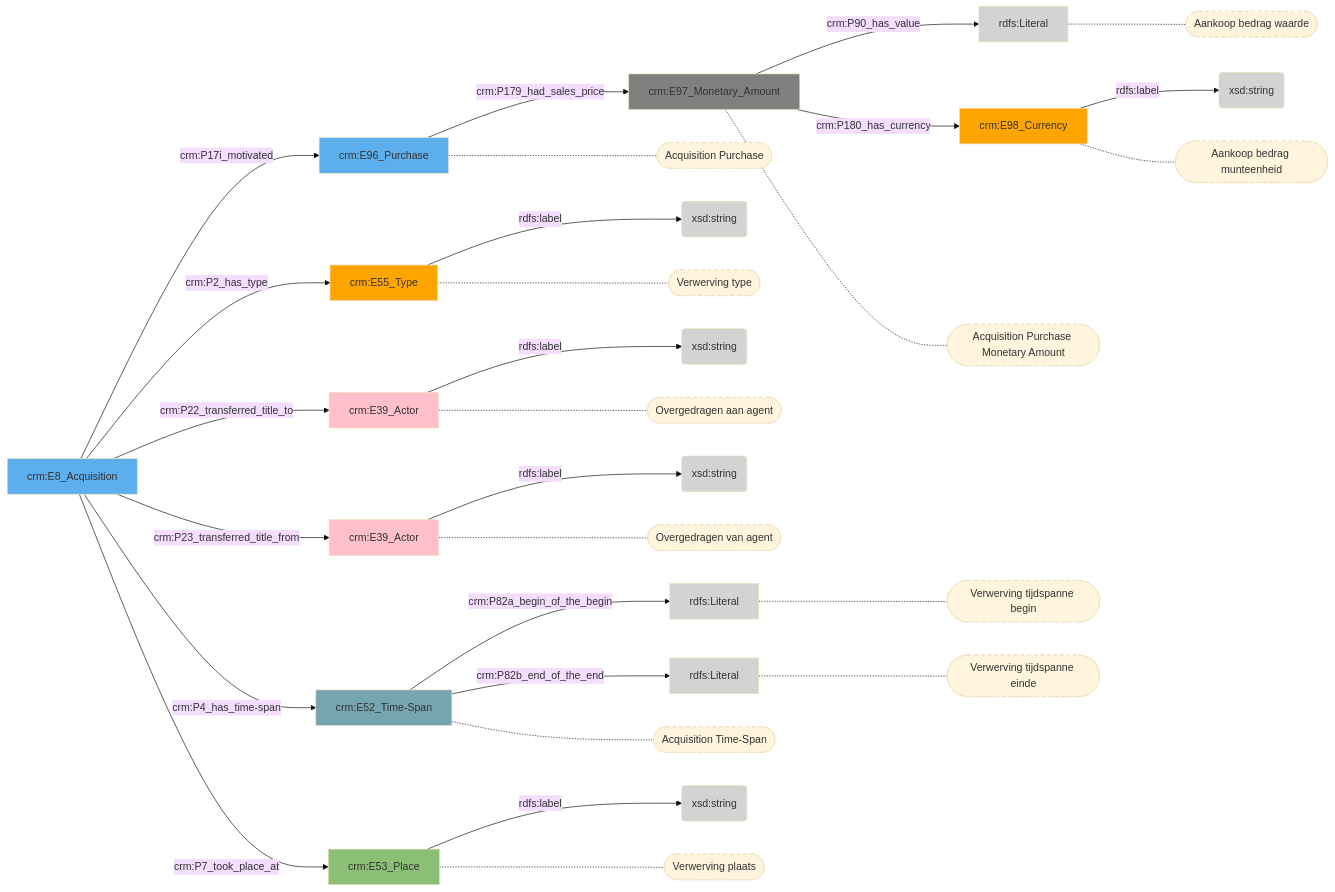
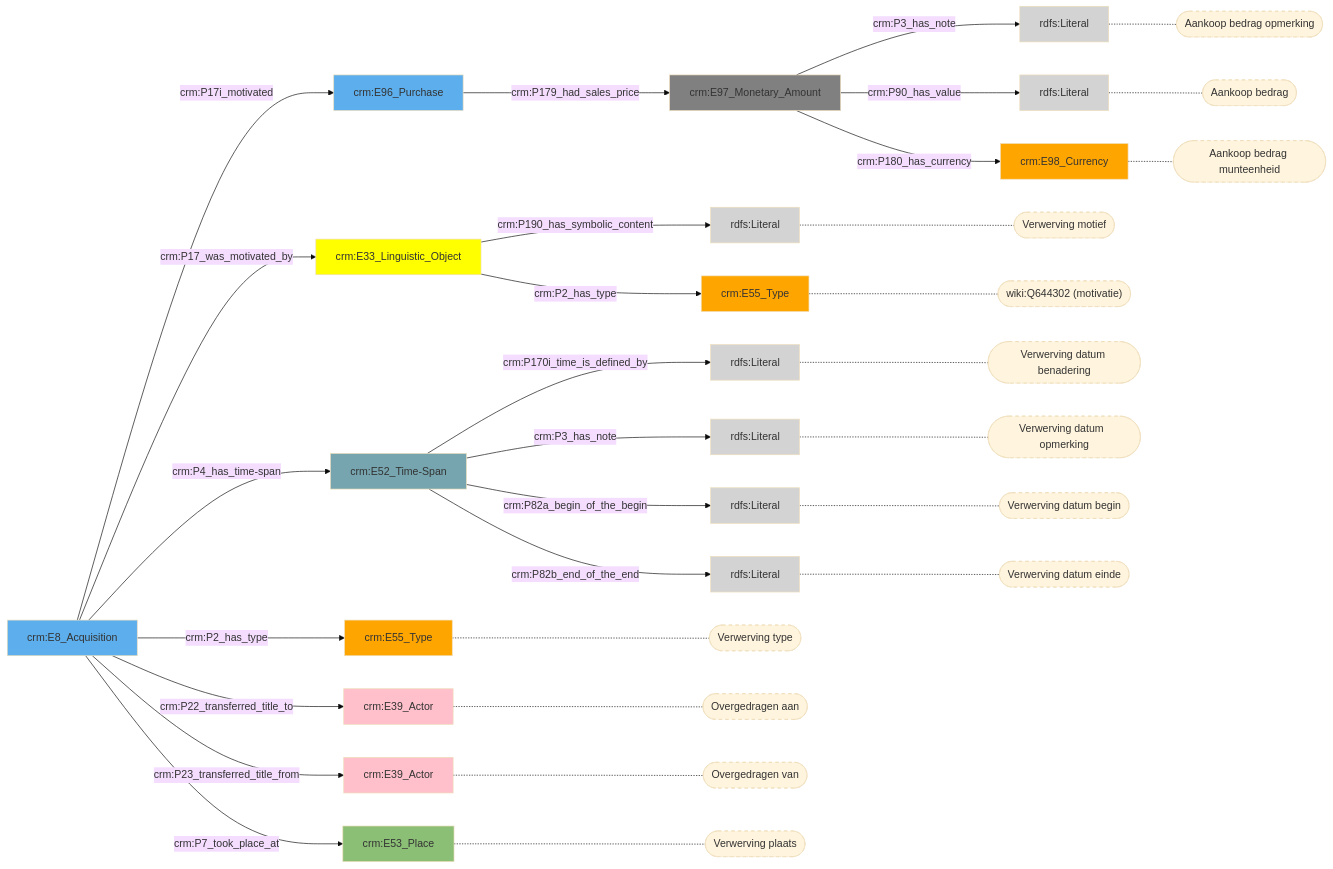
Before and after one commit to digipolisantwerpdocumentation/antwerp-cultureel-erfgoed: the diagram in docs/content/modellen/Acquisition/Herkomst.md, drawn with Mermaid (base theme). The commit also changed 170 other files, not shown here.

````diff
--- a/docs/content/modellen/Acquisition/Herkomst.md
+++ b/docs/content/modellen/Acquisition/Herkomst.md
@@ -1,58 +1,64 @@
 ```mermaid
 graph LR
-0b25d0f2-ee5b-11ed-9064-00163e71351b["crm:E98_Currency"]-->|"rdfs:label"|2b87213e-ee5b-11ed-9232-00163e71351b(xsd:string)
-7fd84e3a-e991-11ed-9655-00163e71351b["crm:E53_Place"]-->|"rdfs:label"|944805ae-e991-11ed-9655-00163e71351b(xsd:string)
-8be2fd34-e990-11ed-9655-00163e71351b["crm:E39_Actor"]-->|"rdfs:label"|8be301f8-e990-11ed-9655-00163e71351b(xsd:string)
-920ead2a-e990-11ed-9232-00163e71351b["crm:E52_Time-Span"]-->|"crm:P82a_begin_of_the_begin"|920eb66c-e990-11ed-9232-00163e71351b(rdfs:Literal)
-920ead2a-e990-11ed-9232-00163e71351b["crm:E52_Time-Span"]-->|"crm:P82b_end_of_the_end"|920eb400-e990-11ed-9232-00163e71351b(rdfs:Literal)
-99988ee4-e990-11ed-9232-00163e71351b["crm:E55_Type"]-->|"rdfs:label"|999895b0-e990-11ed-9232-00163e71351b(xsd:string)
-b2f4b0e2-e991-11ed-9064-00163e71351b["crm:E39_Actor"]-->|"rdfs:label"|c905c4f2-e991-11ed-9232-00163e71351b(xsd:string)
+style 0b25d0f2-ee5b-11ed-9064-00163e71351b fill:#ffa500
+style 30ce6bc2-3d17-11ef-ac04-960002548b4f fill:#D3D3D3
+style 37872002-ea6d-11ed-a1e6-00163e71351b fill:#5DAEEC
+style 4b81aff7-e541-11ee-921a-960002548b4f fill:#ffff00
+style 572bbd7d-3d17-11ef-93c1-960002548b4f fill:#D3D3D3
+style 695b5b55-f19f-11ee-a866-960002548b4f fill:#D3D3D3
+style 70b9ebb3-e541-11ee-8711-960002548b4f fill:#D3D3D3
+style 7b658ca8-d44e-11ed-9064-00163e71351b fill:#5DAEEC
+style 7fd84e3a-e991-11ed-9655-00163e71351b fill:#8CBF76
+style 8be2fd34-e990-11ed-9655-00163e71351b fill:#ffc0cb
+style 99988ee4-e990-11ed-9232-00163e71351b fill:#ffa500
+style b2f4b0e2-e991-11ed-9064-00163e71351b fill:#ffc0cb
+style bfbfd116-ee5b-11ed-9232-00163e71351b fill:#D3D3D3
+style cc4f2144-ea6d-11ed-9232-00163e71351b fill:#808080
+style ce2590b1-6e7f-11ef-a8c0-960002548b4f fill:#ffa500
+style d638bcba-e541-11ee-bb9d-960002548b4f fill:#D3D3D3
+style d865b38b-645b-11ef-b970-960002548b4f fill:#D3D3D3
+style dcc8aca4-f0c9-11ee-b461-960002548b4f fill:#76A5AF
+4b81aff7-e541-11ee-921a-960002548b4f["crm:E33_Linguistic_Object"]-->|"crm:P190_has_symbolic_content"|70b9ebb3-e541-11ee-8711-960002548b4f(rdfs:Literal)
+cc4f2144-ea6d-11ed-9232-00163e71351b["crm:E97_Monetary_Amount"]-->|"crm:P3_has_note"|d638bcba-e541-11ee-bb9d-960002548b4f(rdfs:Literal)
 cc4f2144-ea6d-11ed-9232-00163e71351b["crm:E97_Monetary_Amount"]-->|"crm:P90_has_value"|bfbfd116-ee5b-11ed-9232-00163e71351b(rdfs:Literal)
+dcc8aca4-f0c9-11ee-b461-960002548b4f["crm:E52_Time-Span"]-->|"crm:P170i_time_is_defined_by"|d865b38b-645b-11ef-b970-960002548b4f(rdfs:Literal)
+dcc8aca4-f0c9-11ee-b461-960002548b4f["crm:E52_Time-Span"]-->|"crm:P3_has_note"|695b5b55-f19f-11ee-a866-960002548b4f(rdfs:Literal)
+dcc8aca4-f0c9-11ee-b461-960002548b4f["crm:E52_Time-Span"]-->|"crm:P82a_begin_of_the_begin"|30ce6bc2-3d17-11ef-ac04-960002548b4f(rdfs:Literal)
+dcc8aca4-f0c9-11ee-b461-960002548b4f["crm:E52_Time-Span"]-->|"crm:P82b_end_of_the_end"|572bbd7d-3d17-11ef-93c1-960002548b4f(rdfs:Literal)
 37872002-ea6d-11ed-a1e6-00163e71351b["crm:E96_Purchase"]-->|"crm:P179_had_sales_price"|cc4f2144-ea6d-11ed-9232-00163e71351b["crm:E97_Monetary_Amount"]
+4b81aff7-e541-11ee-921a-960002548b4f["crm:E33_Linguistic_Object"]-->|"crm:P2_has_type"|ce2590b1-6e7f-11ef-a8c0-960002548b4f["crm:E55_Type"]
+7b658ca8-d44e-11ed-9064-00163e71351b["crm:E8_Acquisition"]-->|"crm:P17_was_motivated_by"|4b81aff7-e541-11ee-921a-960002548b4f["crm:E33_Linguistic_Object"]
 7b658ca8-d44e-11ed-9064-00163e71351b["crm:E8_Acquisition"]-->|"crm:P17i_motivated"|37872002-ea6d-11ed-a1e6-00163e71351b["crm:E96_Purchase"]
 7b658ca8-d44e-11ed-9064-00163e71351b["crm:E8_Acquisition"]-->|"crm:P2_has_type"|99988ee4-e990-11ed-9232-00163e71351b["crm:E55_Type"]
 7b658ca8-d44e-11ed-9064-00163e71351b["crm:E8_Acquisition"]-->|"crm:P22_transferred_title_to"|b2f4b0e2-e991-11ed-9064-00163e71351b["crm:E39_Actor"]
 7b658ca8-d44e-11ed-9064-00163e71351b["crm:E8_Acquisition"]-->|"crm:P23_transferred_title_from"|8be2fd34-e990-11ed-9655-00163e71351b["crm:E39_Actor"]
-7b658ca8-d44e-11ed-9064-00163e71351b["crm:E8_Acquisition"]-->|"crm:P4_has_time-span"|920ead2a-e990-11ed-9232-00163e71351b["crm:E52_Time-Span"]
+7b658ca8-d44e-11ed-9064-00163e71351b["crm:E8_Acquisition"]-->|"crm:P4_has_time-span"|dcc8aca4-f0c9-11ee-b461-960002548b4f["crm:E52_Time-Span"]
 7b658ca8-d44e-11ed-9064-00163e71351b["crm:E8_Acquisition"]-->|"crm:P7_took_place_at"|7fd84e3a-e991-11ed-9655-00163e71351b["crm:E53_Place"]
 cc4f2144-ea6d-11ed-9232-00163e71351b["crm:E97_Monetary_Amount"]-->|"crm:P180_has_currency"|0b25d0f2-ee5b-11ed-9064-00163e71351b["crm:E98_Currency"]
-cc4f2144-ea6d-11ed-9232-00163e71351b["crm:E97_Monetary_Amount"]-.-cc4f2144-ea6d-11ed-9232-00163e71351b_s(["Acquisition Purchase Monetary Amount"])
-37872002-ea6d-11ed-a1e6-00163e71351b["crm:E96_Purchase"]-.-37872002-ea6d-11ed-a1e6-00163e71351b_s(["Acquisition Purchase"])
-99988ee4-e990-11ed-9232-00163e71351b["crm:E55_Type"]-.-99988ee4-e990-11ed-9232-00163e71351b_s(["Verwerving type"])
-b2f4b0e2-e991-11ed-9064-00163e71351b["crm:E39_Actor"]-.-b2f4b0e2-e991-11ed-9064-00163e71351b_s(["Overgedragen aan agent"])
-8be2fd34-e990-11ed-9655-00163e71351b["crm:E39_Actor"]-.-8be2fd34-e990-11ed-9655-00163e71351b_s(["Overgedragen van agent"])
-920ead2a-e990-11ed-9232-00163e71351b["crm:E52_Time-Span"]-.-920ead2a-e990-11ed-9232-00163e71351b_s(["Acquisition Time-Span"])
-7fd84e3a-e991-11ed-9655-00163e71351b["crm:E53_Place"]-.-7fd84e3a-e991-11ed-9655-00163e71351b_s(["Verwerving plaats"])
-920eb66c-e990-11ed-9232-00163e71351b["rdfs:Literal"]-.-920eb66c-e990-11ed-9232-00163e71351b_s(["Verwerving tijdspanne begin"])
-920eb400-e990-11ed-9232-00163e71351b["rdfs:Literal"]-.-920eb400-e990-11ed-9232-00163e71351b_s(["Verwerving tijdspanne einde"])
-0b25d0f2-ee5b-11ed-9064-00163e71351b["crm:E98_Currency"]-.-0b25d0f2-ee5b-11ed-9064-00163e71351b_s(["Aankoop bedrag munteenheid"])
-bfbfd116-ee5b-11ed-9232-00163e71351b["rdfs:Literal"]-.-bfbfd116-ee5b-11ed-9232-00163e71351b_s(["Aankoop bedrag waarde"])
-style cc4f2144-ea6d-11ed-9232-00163e71351b_s stroke-dasharray: 5
-style 37872002-ea6d-11ed-a1e6-00163e71351b_s stroke-dasharray: 5
+style 70b9ebb3-e541-11ee-8711-960002548b4f_s stroke-dasharray: 5
+style ce2590b1-6e7f-11ef-a8c0-960002548b4f_s stroke-dasharray: 5
 style 99988ee4-e990-11ed-9232-00163e71351b_s stroke-dasharray: 5
 style b2f4b0e2-e991-11ed-9064-00163e71351b_s stroke-dasharray: 5
 style 8be2fd34-e990-11ed-9655-00163e71351b_s stroke-dasharray: 5
-style 920ead2a-e990-11ed-9232-00163e71351b_s stroke-dasharray: 5
 style 7fd84e3a-e991-11ed-9655-00163e71351b_s stroke-dasharray: 5
-style 920eb66c-e990-11ed-9232-00163e71351b_s stroke-dasharray: 5
-style 920eb400-e990-11ed-9232-00163e71351b_s stroke-dasharray: 5
 style 0b25d0f2-ee5b-11ed-9064-00163e71351b_s stroke-dasharray: 5
+style d638bcba-e541-11ee-bb9d-960002548b4f_s stroke-dasharray: 5
 style bfbfd116-ee5b-11ed-9232-00163e71351b_s stroke-dasharray: 5
-style 0b25d0f2-ee5b-11ed-9064-00163e71351b fill:#ffa500
-style 2b87213e-ee5b-11ed-9232-00163e71351b fill:#D3D3D3
-style 37872002-ea6d-11ed-a1e6-00163e71351b fill:#5DAEEC
-style 7b658ca8-d44e-11ed-9064-00163e71351b fill:#5DAEEC
-style 7fd84e3a-e991-11ed-9655-00163e71351b fill:#8CBF76
-style 8be2fd34-e990-11ed-9655-00163e71351b fill:#ffc0cb
-style 8be301f8-e990-11ed-9655-00163e71351b fill:#D3D3D3
-style 920ead2a-e990-11ed-9232-00163e71351b fill:#76A5AF
-style 920eb400-e990-11ed-9232-00163e71351b fill:#D3D3D3
-style 920eb66c-e990-11ed-9232-00163e71351b fill:#D3D3D3
-style 944805ae-e991-11ed-9655-00163e71351b fill:#D3D3D3
-style 99988ee4-e990-11ed-9232-00163e71351b fill:#ffa500
-style 999895b0-e990-11ed-9232-00163e71351b fill:#D3D3D3
-style b2f4b0e2-e991-11ed-9064-00163e71351b fill:#ffc0cb
-style bfbfd116-ee5b-11ed-9232-00163e71351b fill:#D3D3D3
-style c905c4f2-e991-11ed-9232-00163e71351b fill:#D3D3D3
-style cc4f2144-ea6d-11ed-9232-00163e71351b fill:#808080
+style d865b38b-645b-11ef-b970-960002548b4f_s stroke-dasharray: 5
+style 695b5b55-f19f-11ee-a866-960002548b4f_s stroke-dasharray: 5
+style 30ce6bc2-3d17-11ef-ac04-960002548b4f_s stroke-dasharray: 5
+style 572bbd7d-3d17-11ef-93c1-960002548b4f_s stroke-dasharray: 5
+70b9ebb3-e541-11ee-8711-960002548b4f["rdfs:Literal"]-.-70b9ebb3-e541-11ee-8711-960002548b4f_s(["Verwerving motief"])
+ce2590b1-6e7f-11ef-a8c0-960002548b4f["crm:E55_Type"]-.-ce2590b1-6e7f-11ef-a8c0-960002548b4f_s(["wiki:Q644302 (motivatie)"])
+99988ee4-e990-11ed-9232-00163e71351b["crm:E55_Type"]-.-99988ee4-e990-11ed-9232-00163e71351b_s(["Verwerving type"])
+b2f4b0e2-e991-11ed-9064-00163e71351b["crm:E39_Actor"]-.-b2f4b0e2-e991-11ed-9064-00163e71351b_s(["Overgedragen aan"])
+8be2fd34-e990-11ed-9655-00163e71351b["crm:E39_Actor"]-.-8be2fd34-e990-11ed-9655-00163e71351b_s(["Overgedragen van"])
+7fd84e3a-e991-11ed-9655-00163e71351b["crm:E53_Place"]-.-7fd84e3a-e991-11ed-9655-00163e71351b_s(["Verwerving plaats"])
+0b25d0f2-ee5b-11ed-9064-00163e71351b["crm:E98_Currency"]-.-0b25d0f2-ee5b-11ed-9064-00163e71351b_s(["Aankoop bedrag munteenheid"])
+d638bcba-e541-11ee-bb9d-960002548b4f["rdfs:Literal"]-.-d638bcba-e541-11ee-bb9d-960002548b4f_s(["Aankoop bedrag opmerking"])
+bfbfd116-ee5b-11ed-9232-00163e71351b["rdfs:Literal"]-.-bfbfd116-ee5b-11ed-9232-00163e71351b_s(["Aankoop bedrag"])
+d865b38b-645b-11ef-b970-960002548b4f["rdfs:Literal"]-.-d865b38b-645b-11ef-b970-960002548b4f_s(["Verwerving datum benadering"])
+695b5b55-f19f-11ee-a866-960002548b4f["rdfs:Literal"]-.-695b5b55-f19f-11ee-a866-960002548b4f_s(["Verwerving datum  opmerking"])
+30ce6bc2-3d17-11ef-ac04-960002548b4f["rdfs:Literal"]-.-30ce6bc2-3d17-11ef-ac04-960002548b4f_s(["Verwerving datum begin"])
+572bbd7d-3d17-11ef-93c1-960002548b4f["rdfs:Literal"]-.-572bbd7d-3d17-11ef-93c1-960002548b4f_s(["Verwerving datum einde"])
 ```
````
